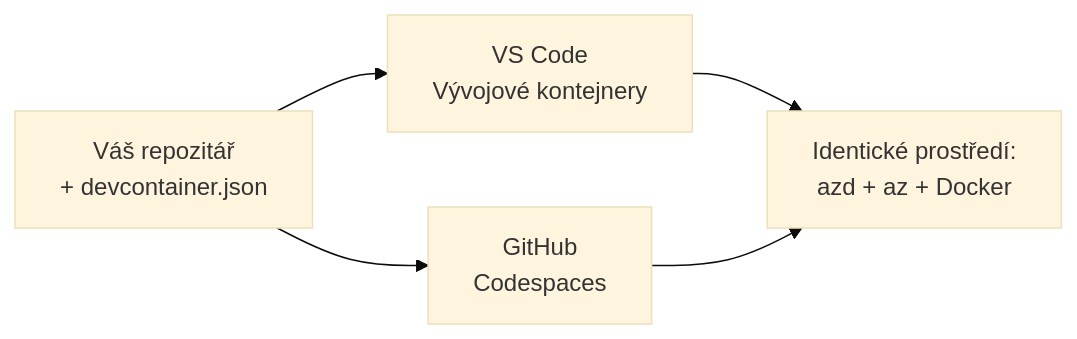
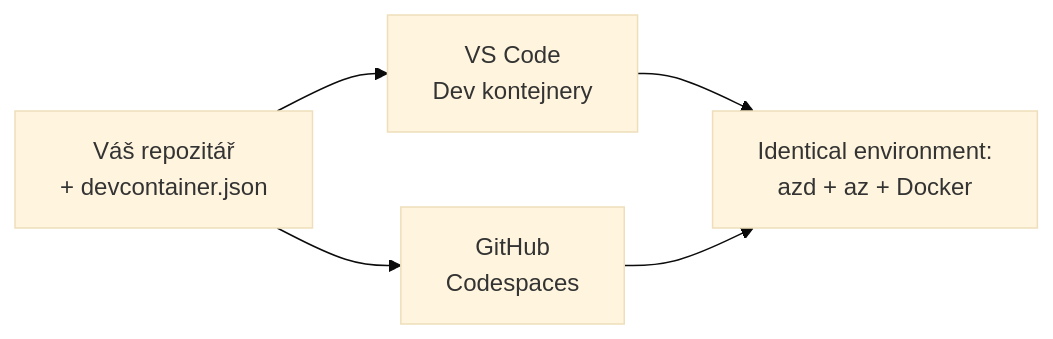
Before and after one commit to microsoft/AZD-for-beginners: the diagram in translations/cs/docs/chapter-01-foundation/dev-containers.md, drawn with Mermaid (base theme). The commit also changed other lines of this file and 61 other files, not shown here.

````diff
--- a/translations/cs/docs/chapter-01-foundation/dev-containers.md
+++ b/translations/cs/docs/chapter-01-foundation/dev-containers.md
@@ -41,7 +41,7 @@
 ```mermaid
 graph LR
-    Repo[Váš repozitář<br/>+ devcontainer.json] --> VSCode[VS Code<br/>Vývojové kontejnery]
+    Repo[Váš repozitář<br/>+ devcontainer.json] --> VSCode[VS Code<br/>Dev kontejnery]
     Repo --> Codespaces[GitHub<br/>Codespaces]
-    VSCode --> Env[Identické prostředí:<br/>azd + az + Docker]
+    VSCode --> Env[Identical environment:<br/>azd + az + Docker]
     Codespaces --> Env
 ```
````
